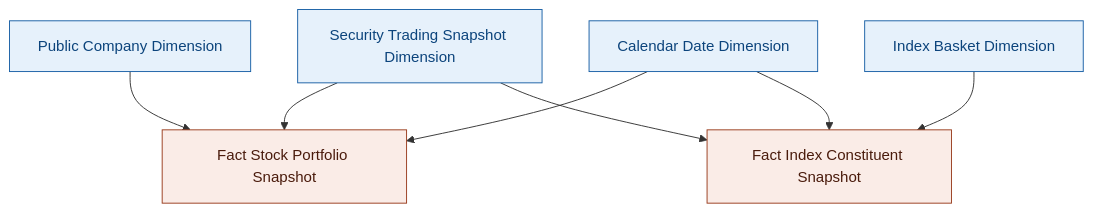
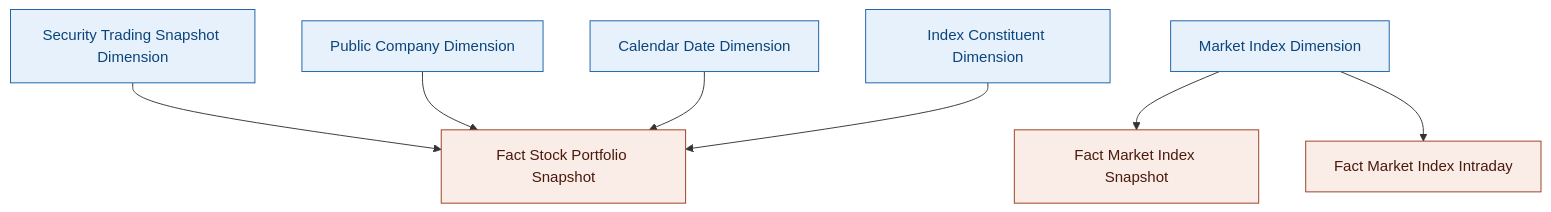
One commit to linhlvit/ubck_atomic_design changed diagram 12 of 12 in Datamart/hld/DTM_GSTT_HLD.md. Above: the diagram before and after it, drawn with Mermaid. The commit also changed other lines of this file and 7 other files, not shown here.

````diff
--- a/Datamart/hld/DTM_GSTT_HLD.md
+++ b/Datamart/hld/DTM_GSTT_HLD.md
@@ -272,20 +584,22 @@
 ```mermaid
 graph TB
     classDef dim fill:#E6F1FB,stroke:#185FA5,color:#0C447C
     classDef fact fill:#FAECE7,stroke:#993C1D,color:#4A1B0C
     classDef oper fill:#E8F5E9,stroke:#2E7D32,color:#1B5E20
 
     ScrTdgSnpstDim["Security Trading Snapshot Dimension"]:::dim
     PblcCoDim["Public Company Dimension"]:::dim
     CdrDtDim["Calendar Date Dimension"]:::dim
-    IndxBasketDim["Index Basket Dimension"]:::dim
+    IndexConstituentDim["Index Constituent Dimension"]:::dim
+    MarketIndexDim["Market Index Dimension"]:::dim
     FctStockPortfolioSnpst["Fact Stock Portfolio Snapshot"]:::fact
-    FctIndxCnstSnpst["Fact Index Constituent Snapshot"]:::fact
+    FctMarketIndexSnpst["Fact Market Index Snapshot"]:::fact
+    FctMarketIndexIntraday["Fact Market Index Intraday"]:::fact
 
     ScrTdgSnpstDim --> FctStockPortfolioSnpst
     PblcCoDim --> FctStockPortfolioSnpst
     CdrDtDim --> FctStockPortfolioSnpst
-    ScrTdgSnpstDim --> FctIndxCnstSnpst
-    IndxBasketDim --> FctIndxCnstSnpst
-    CdrDtDim --> FctIndxCnstSnpst
+    IndexConstituentDim --> FctStockPortfolioSnpst
+    MarketIndexDim --> FctMarketIndexSnpst
+    MarketIndexDim --> FctMarketIndexIntraday
 ```
````
